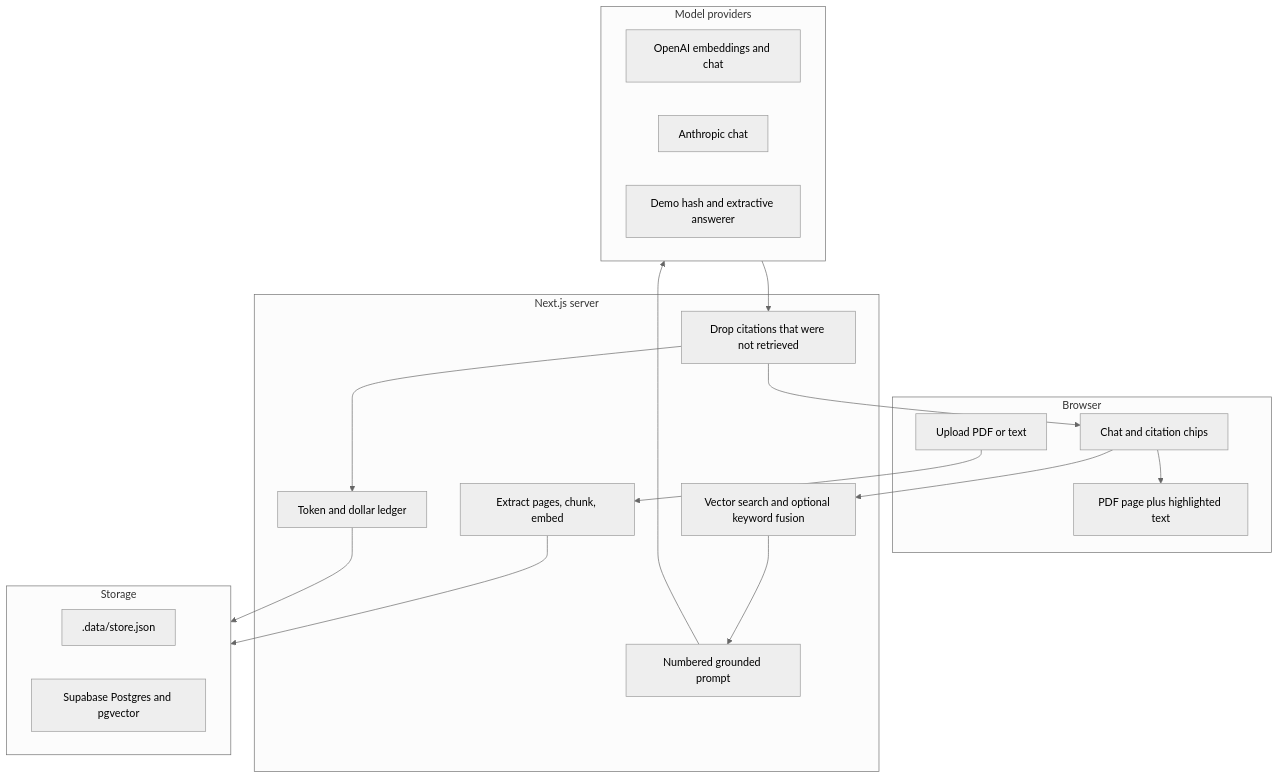
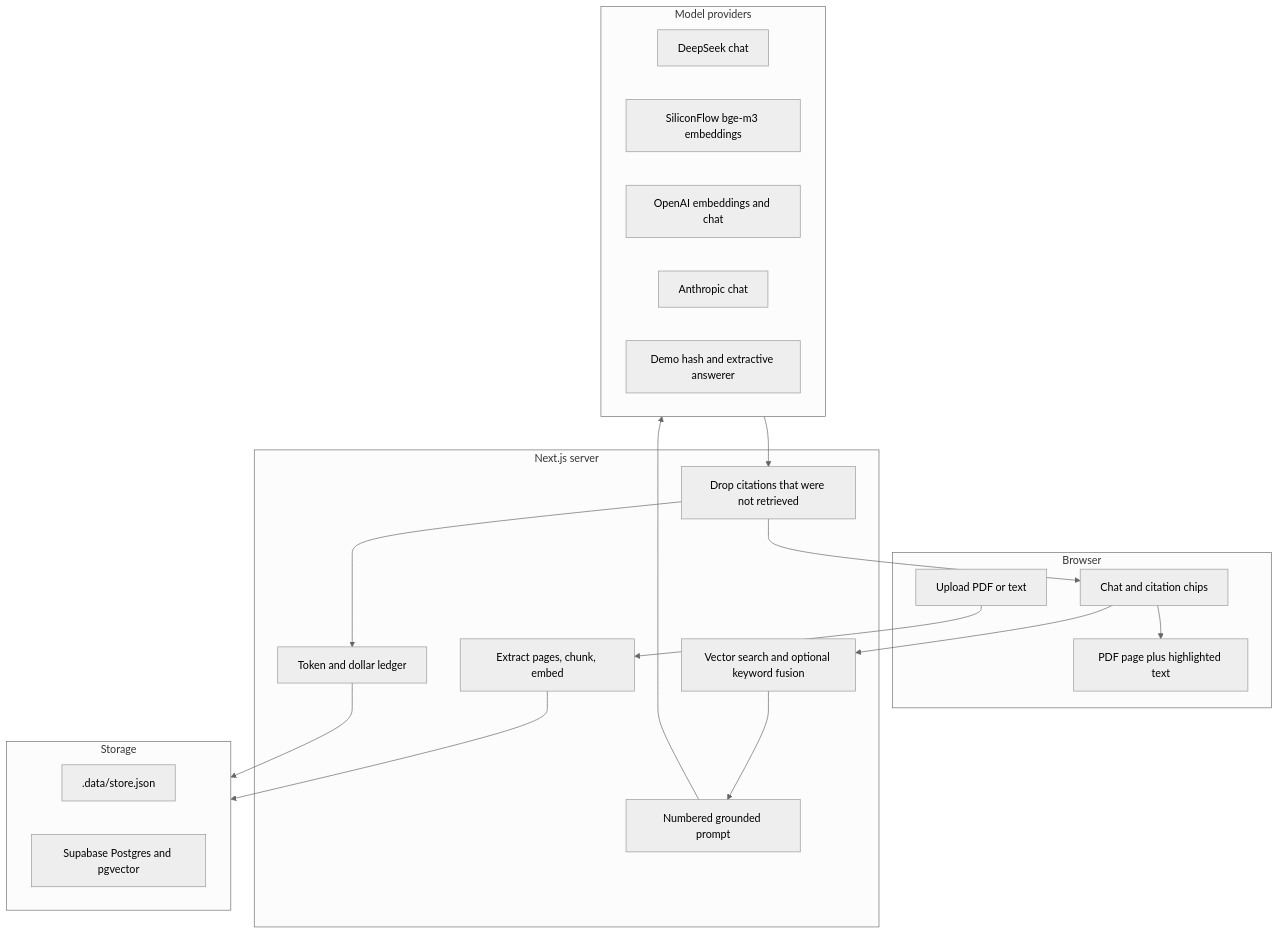
The diagram in README.md (Steadylove/cited-docs-qa), drawn with Mermaid (neutral theme) before and after one commit. The commit also changed other lines of this file and 25 other files, not shown here.

First line of the commit message:
Add DeepSeek chat and SiliconFlow bge-m3 embeddings.

````diff
--- a/README.md
+++ b/README.md
@@ -44,29 +44,31 @@
 ```mermaid
 flowchart TB
   subgraph browser [Browser]
     Upload[Upload PDF or text]
     Chat[Chat and citation chips]
     Viewer[PDF page plus highlighted text]
   end
   subgraph server [Next.js server]
     Ingest[Extract pages, chunk, embed]
     Retrieve[Vector search and optional keyword fusion]
     Prompt[Numbered grounded prompt]
     Validate[Drop citations that were not retrieved]
     Ledger[Token and dollar ledger]
   end
   subgraph models [Model providers]
+    DeepSeek[DeepSeek chat]
+    SiliconFlow[SiliconFlow bge-m3 embeddings]
     OpenAI[OpenAI embeddings and chat]
     Anthropic[Anthropic chat]
     Demo[Demo hash and extractive answerer]
   end
   subgraph data [Storage]
     Local[".data/store.json"]
     Supa[Supabase Postgres and pgvector]
   end
   Upload --> Ingest --> data
   Chat --> Retrieve --> Prompt --> models
   models --> Validate --> Chat
   Validate --> Ledger --> data
   Chat --> Viewer
 ```
````
